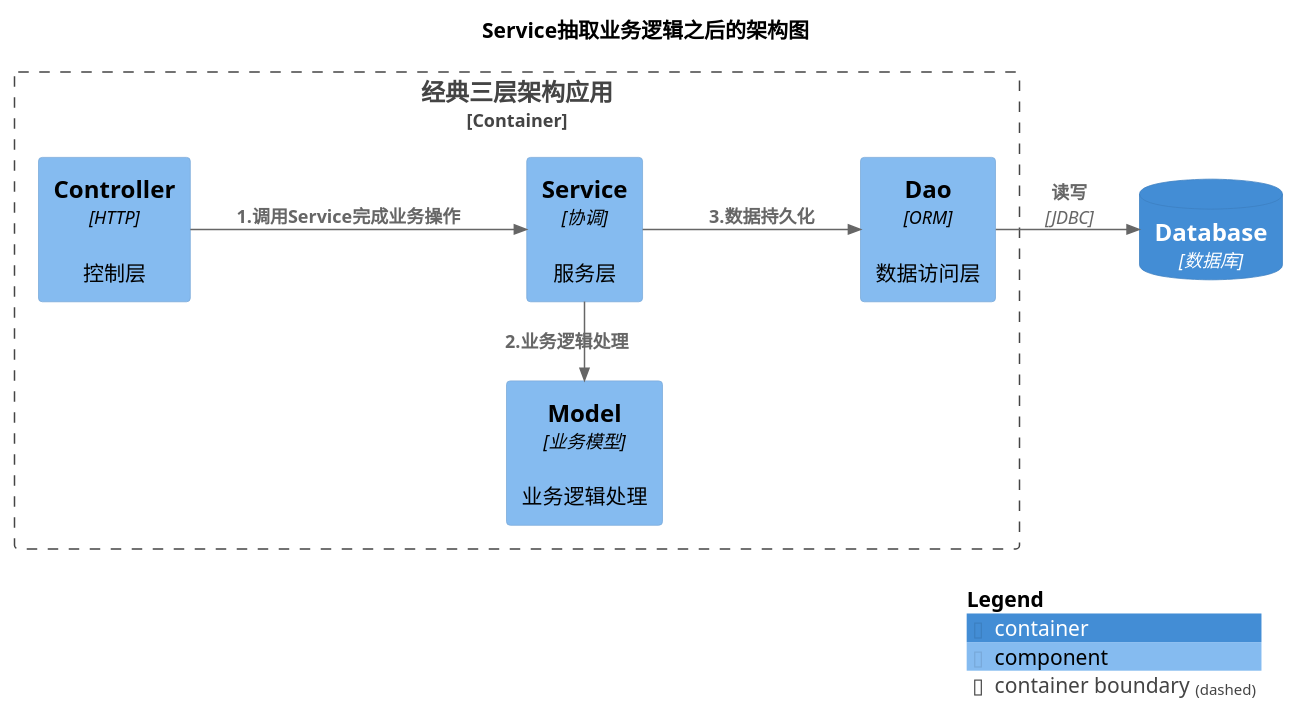
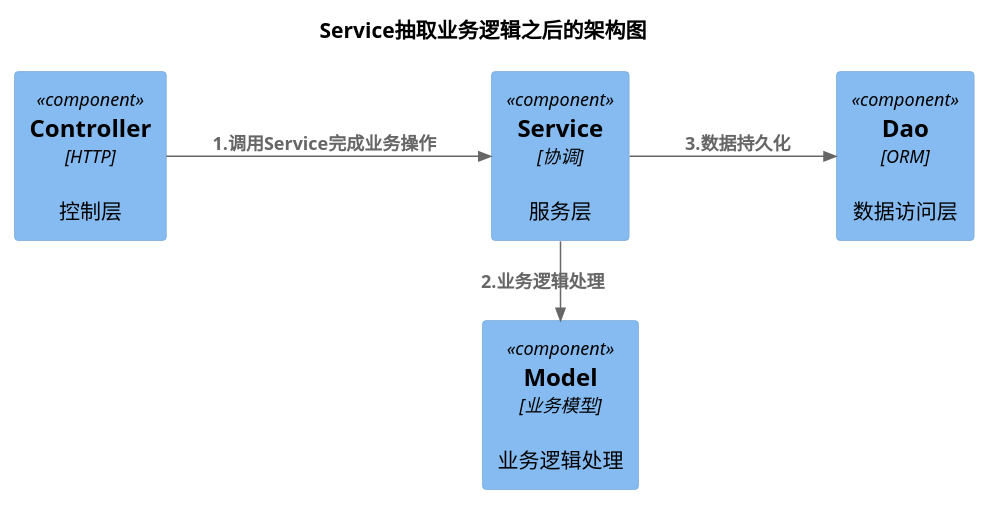
Before and after one commit to feiniaojin/Thinking-in-DDD: the diagram in plantuml/ct.002.puml, drawn with PlantUML. The commit also changed 23 other files, not shown here.

```diff
--- a/plantuml/ct.002.puml
+++ b/plantuml/ct.002.puml
@@ -1,28 +1,20 @@
 @startuml
 
 !include https://gitee.com/igingo/C4-PlantUML/raw/master/C4_Context.puml
 !include https://gitee.com/igingo/C4-PlantUML/raw/master/C4_Container.puml
 !include https://gitee.com/igingo/C4-PlantUML/raw/master/C4_Component.puml
 
 title "Service抽取业务逻辑之后的架构图"
 
-Container_Boundary(CB_APP, "经典三层架构应用"){
-    Component(C_Controller, "Controller","HTTP", "控制层")
-    Component(C_Service, "Service", "协调","服务层")
-    Component(C_Dao, "Dao", "ORM","数据访问层")
-    Component(C_Model, "Model","业务模型", "业务逻辑处理")
-}
-
-ContainerDb(CDB, "Database", "数据库")
+Component(C_Controller, "Controller","HTTP", "控制层")
+Component(C_Service, "Service", "协调","服务层")
+Component(C_Dao, "Dao", "ORM","数据访问层")
+Component(C_Model, "Model","业务模型", "业务逻辑处理")
 
 Rel(C_Controller, C_Service, "1.调用Service完成业务操作")
-Rel_L(C_Service, C_Model, "2.业务逻辑处理")
+Rel_R(C_Service, C_Model, "2.业务逻辑处理")
 Rel(C_Service, C_Dao, "3.数据持久化")
-
-Rel(C_Dao, CDB, "读写","JDBC")
 
 left to right direction
 
-SHOW_LEGEND()
-
 @enduml
```
